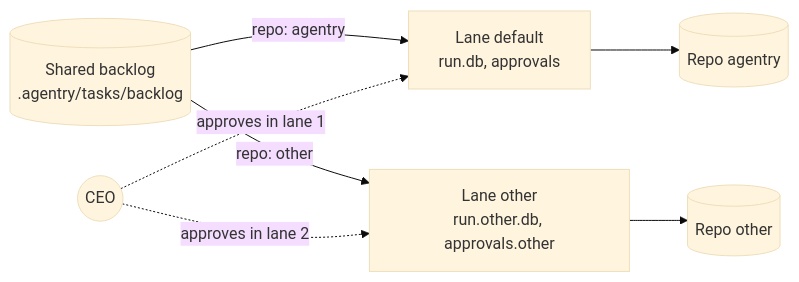
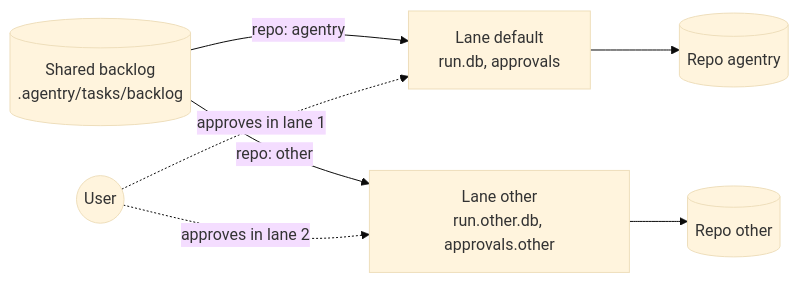
The diagram in docs/technical/cross-lane-coordination.md (AlexWaha/agentry), drawn with Mermaid (base theme) before and after one commit. The commit also changed other lines of this file and 142 other files, not shown here.

First line of the commit message:
[task-0094] chore: rename the human role from CEO to User across the harness

````diff
--- a/docs/technical/cross-lane-coordination.md
+++ b/docs/technical/cross-lane-coordination.md
@@ -84,10 +84,10 @@
 ```mermaid
 flowchart LR
     B[(Shared backlog<br/>.agentry/tasks/backlog)]
     B -->|repo: agentry| L1[Lane default<br/>run.db, approvals]
     B -->|repo: other| L2[Lane other<br/>run.other.db, approvals.other]
     L1 --> R1[(Repo agentry)]
     L2 --> R2[(Repo other)]
-    CEO((CEO)) -. approves in lane 1 .-> L1
-    CEO -. approves in lane 2 .-> L2
+    USR((User)) -. approves in lane 1 .-> L1
+    USR -. approves in lane 2 .-> L2
 ```
````
